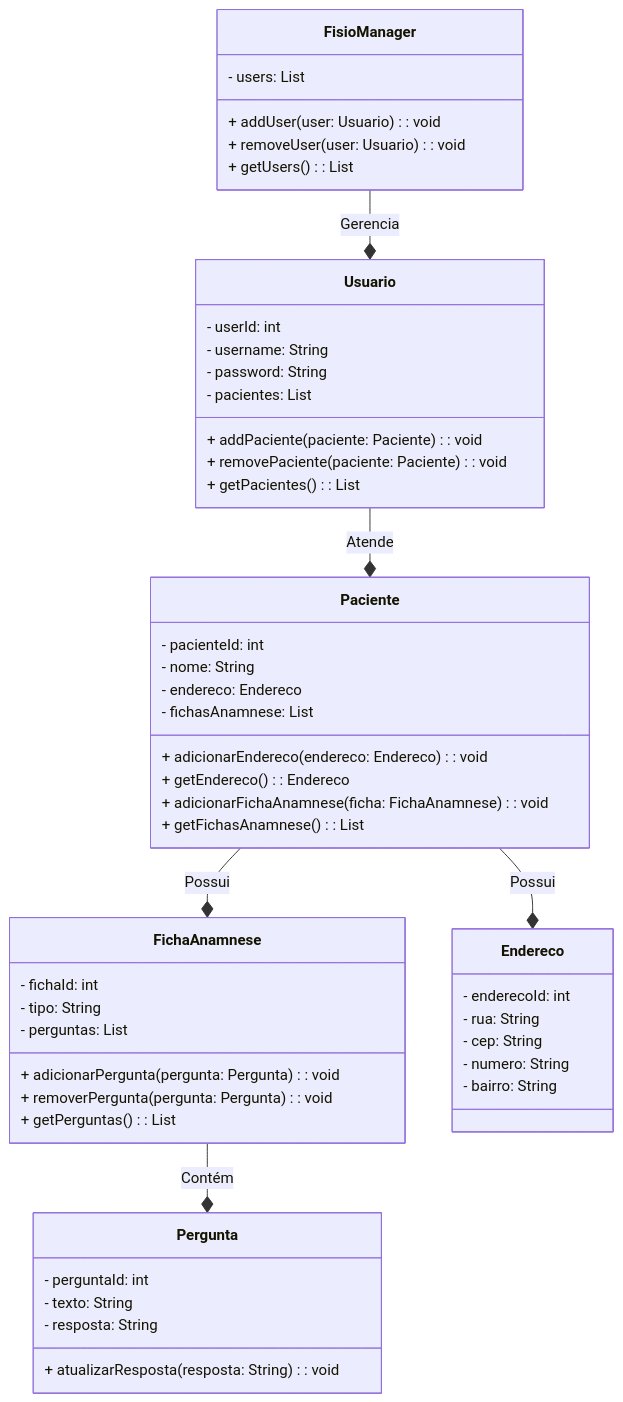
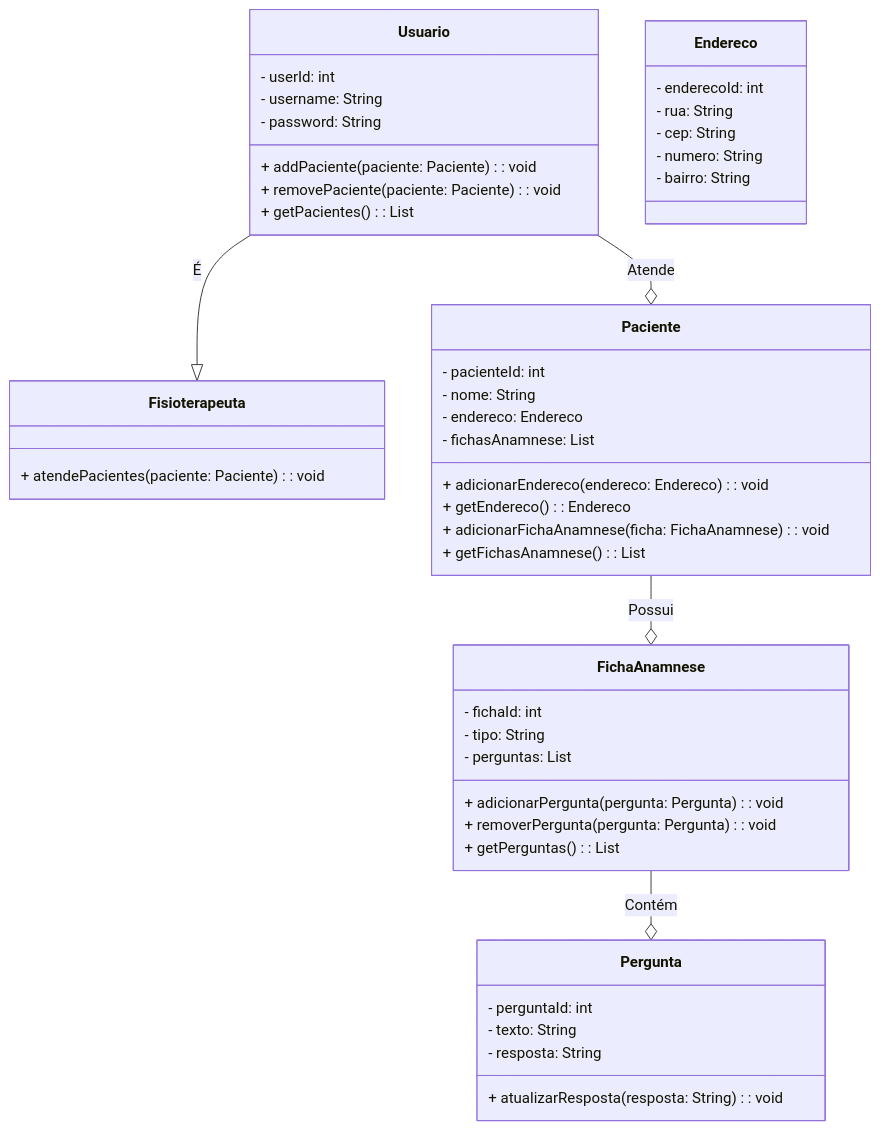
The diagram in README.md (savioarthur00/Api-RestFull-FisioApp), drawn with Mermaid before and after one commit.

````diff
--- a/README.md
+++ b/README.md
@@ -25,63 +25,59 @@
 ```mermaid
- classDiagram
-  class FisioManager {
-    - users: List<Usuario>
-    + addUser(user: Usuario): void
-    + removeUser(user: Usuario): void
-    + getUsers(): List<Usuario>
-  }
-
+classDiagram
   class Usuario {
     - userId: int
     - username: String
     - password: String
-    - pacientes: List<Paciente>
     + addPaciente(paciente: Paciente): void
     + removePaciente(paciente: Paciente): void
     + getPacientes(): List<Paciente>
+  }
+
+  class Fisioterapeuta {
+    + atendePacientes(paciente: Paciente): void
   }
 
   class Paciente {
     - pacienteId: int
     - nome: String
     - endereco: Endereco
     - fichasAnamnese: List<FichaAnamnese>
     + adicionarEndereco(endereco: Endereco): void
     + getEndereco(): Endereco
     + adicionarFichaAnamnese(ficha: FichaAnamnese): void
     + getFichasAnamnese(): List<FichaAnamnese>
   }
 
   class FichaAnamnese {
     - fichaId: int
     - tipo: String
     - perguntas: List<Pergunta>
     + adicionarPergunta(pergunta: Pergunta): void
     + removerPergunta(pergunta: Pergunta): void
     + getPerguntas(): List<Pergunta>
   }
 
   class Pergunta {
     - perguntaId: int
     - texto: String
     - resposta: String
     + atualizarResposta(resposta: String): void
   }
 
   class Endereco {
     - enderecoId: int
     - rua: String
     - cep: String
     - numero: String
     - bairro: String
   }
 
-  FisioManager --* Usuario : Gerencia
-  Usuario --* Paciente : Atende
-  Paciente --* Endereco : Possui
-  Paciente --* FichaAnamnese : Possui
-  FichaAnamnese --* Pergunta : Contém
+  Usuario --|> Fisioterapeuta : É
+  Usuario --o Paciente : Atende
+  Paciente --o FichaAnamnese : Possui
+  FichaAnamnese --o Pergunta : Contém
+
 
 
 
 ```
````
